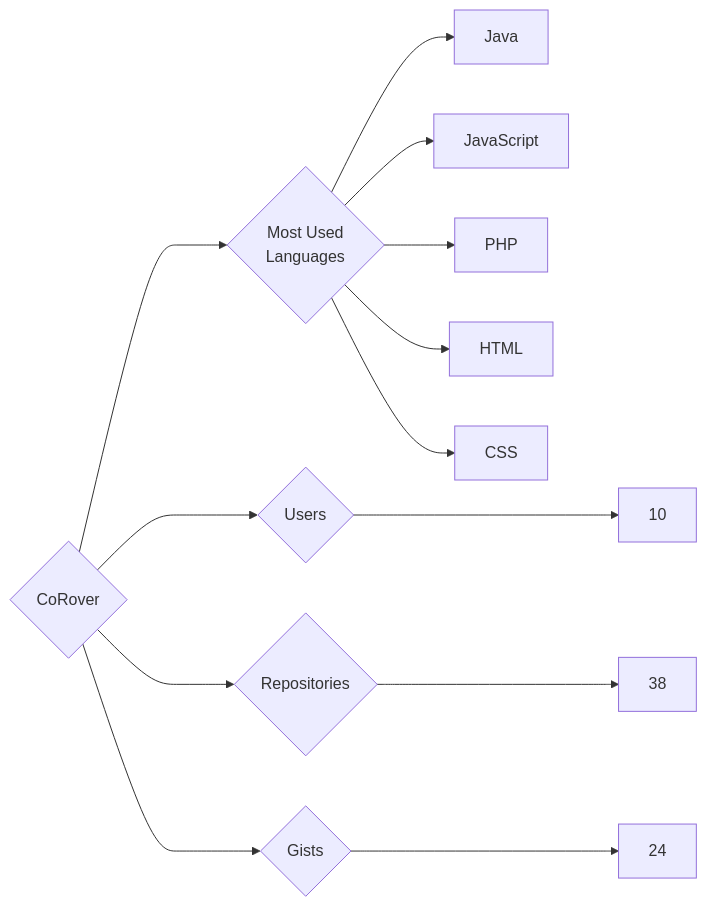
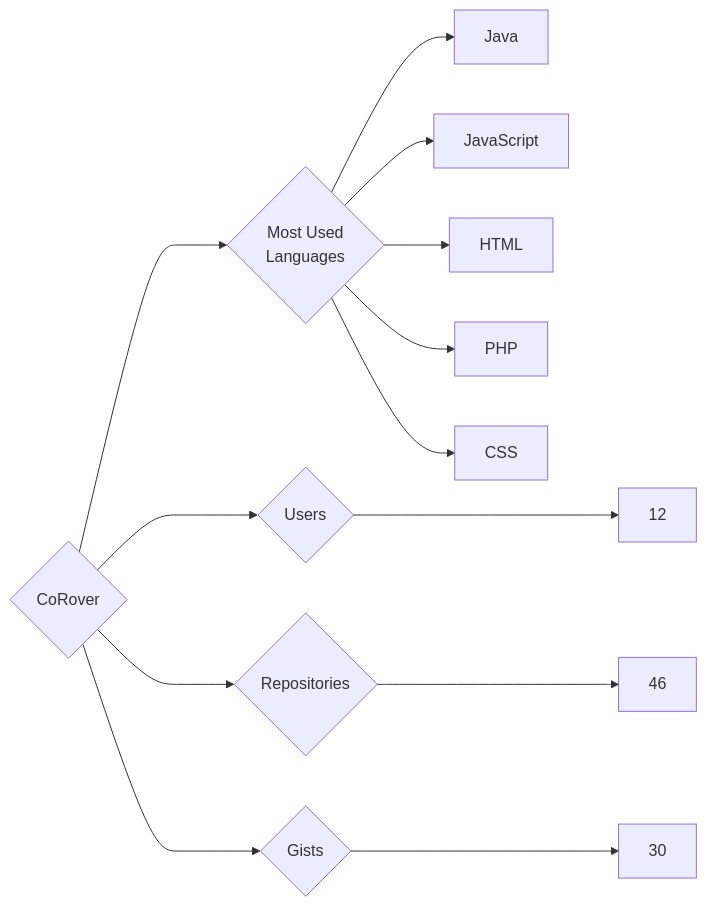
One commit to trickest/insiders changed the diagram in targets/CoRover/README.md. Above: the diagram before and after it, drawn with Mermaid. The commit also changed 1036 other files, not shown here.

````diff
--- a/targets/CoRover/README.md
+++ b/targets/CoRover/README.md
@@ -3,13 +3,13 @@
 ```mermaid
 graph LR
 COMPANY_NAME{CoRover}
-COMPANY_NAME ---> U{Users} ---> UN[10]
-COMPANY_NAME ---> R{Repositories} ---> RN[38]
-COMPANY_NAME ---> G{Gists} ---> GN[24]
+COMPANY_NAME ---> U{Users} ---> UN[12]
+COMPANY_NAME ---> R{Repositories} ---> RN[46]
+COMPANY_NAME ---> G{Gists} ---> GN[30]
 COMPANY_NAME ---> ML{Most Used<br>Languages}
 ML --> Java[Java]
 ML --> JavaScript[JavaScript]
+ML --> HTML[HTML]
 ML --> PHP[PHP]
-ML --> HTML[HTML]
 ML --> CSS[CSS]
 ```
````
